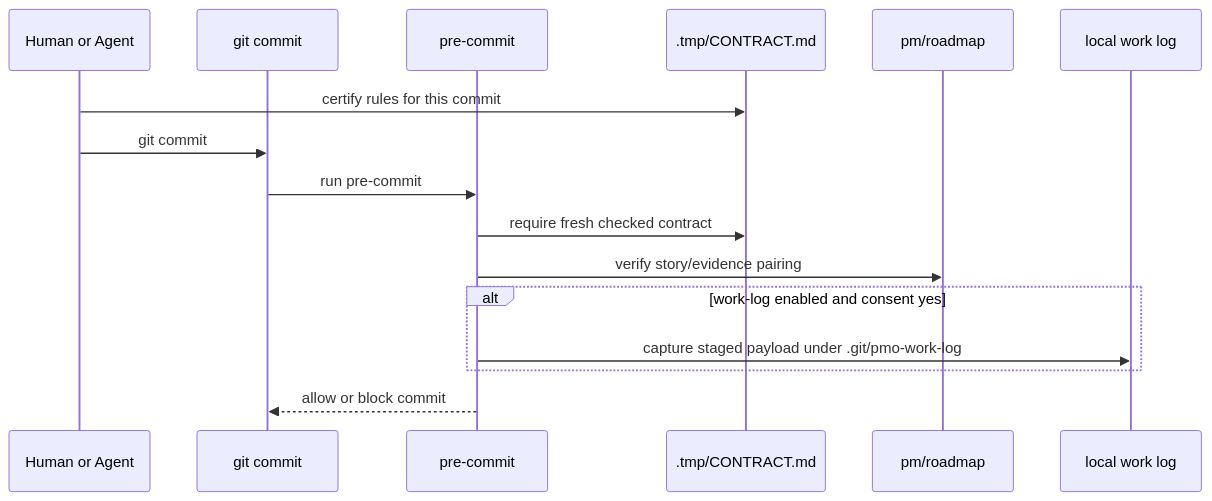
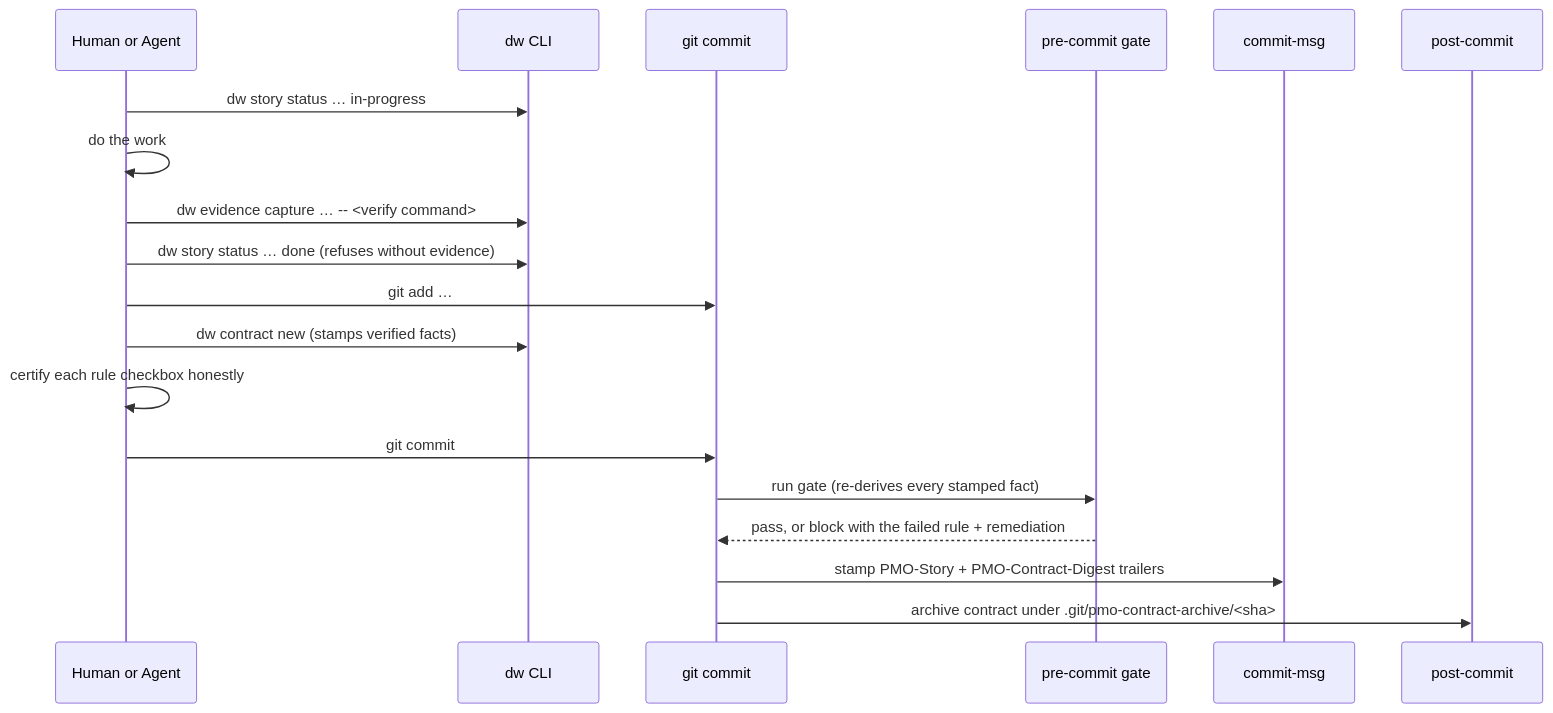
Before and after one commit to karolswdev/delivery-workbench: the first of 2 diagrams in README.md, drawn with Mermaid. The commit also changed other lines of this file and 3 other files, not shown here.

````diff
--- a/README.md
+++ b/README.md
@@ -131,19 +53,22 @@
 ```mermaid
 sequenceDiagram
   participant Dev as Human or Agent
+  participant DW as dw CLI
   participant Git as git commit
-  participant Hook as pre-commit
-  participant Contract as .tmp/CONTRACT.md
-  participant Roadmap as pm/roadmap
-  participant Log as local work log
+  participant Gate as pre-commit gate
+  participant Msg as commit-msg
+  participant Post as post-commit
 
-  Dev->>Contract: certify rules for this commit
+  Dev->>DW: dw story status … in-progress
+  Dev->>Dev: do the work
+  Dev->>DW: dw evidence capture … -- <verify command>
+  Dev->>DW: dw story status … done (refuses without evidence)
+  Dev->>Git: git add … 
+  Dev->>DW: dw contract new (stamps verified facts)
+  Dev->>Dev: certify each rule checkbox honestly
   Dev->>Git: git commit
-  Git->>Hook: run pre-commit
-  Hook->>Contract: require fresh checked contract
-  Hook->>Roadmap: verify story/evidence pairing
-  alt work-log enabled and consent yes
-    Hook->>Log: capture staged payload under .git/pmo-work-log
-  end
-  Hook-->>Git: allow or block commit
+  Git->>Gate: run gate (re-derives every stamped fact)
+  Gate-->>Git: pass, or block with the failed rule + remediation
+  Git->>Msg: stamp PMO-Story + PMO-Contract-Digest trailers
+  Git->>Post: archive contract under .git/pmo-contract-archive/<sha>
 ```
````
